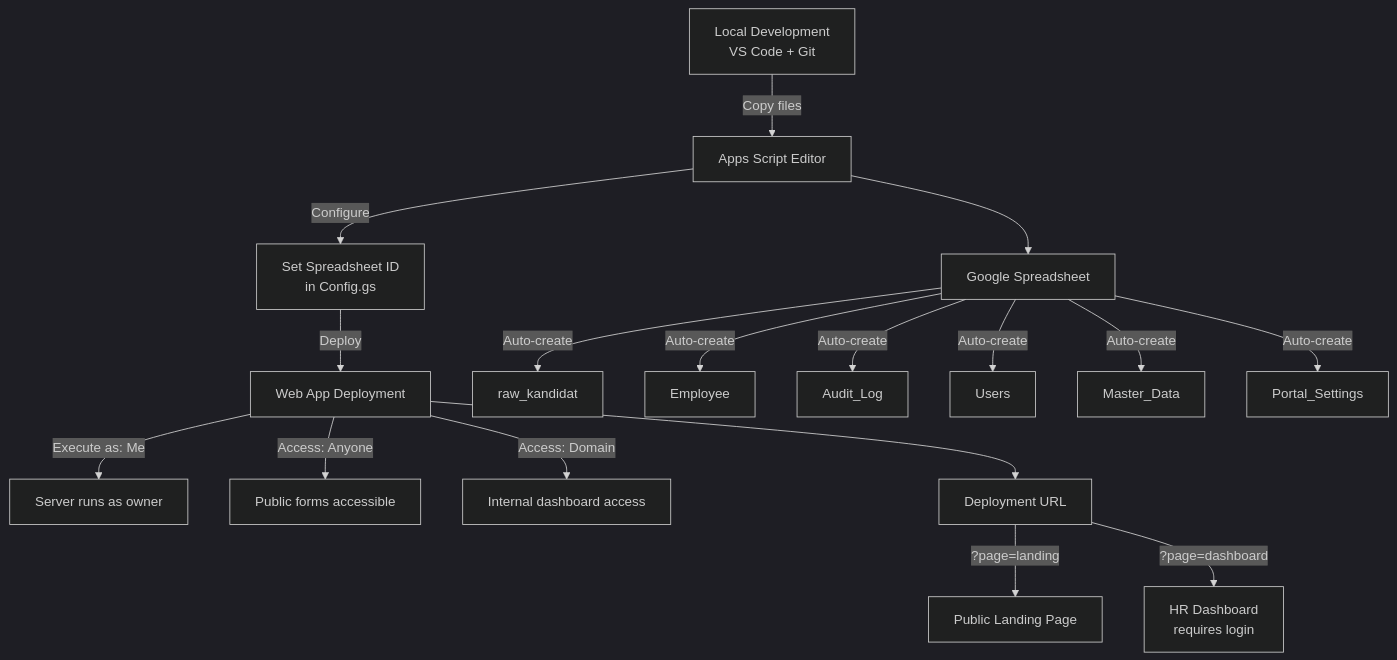
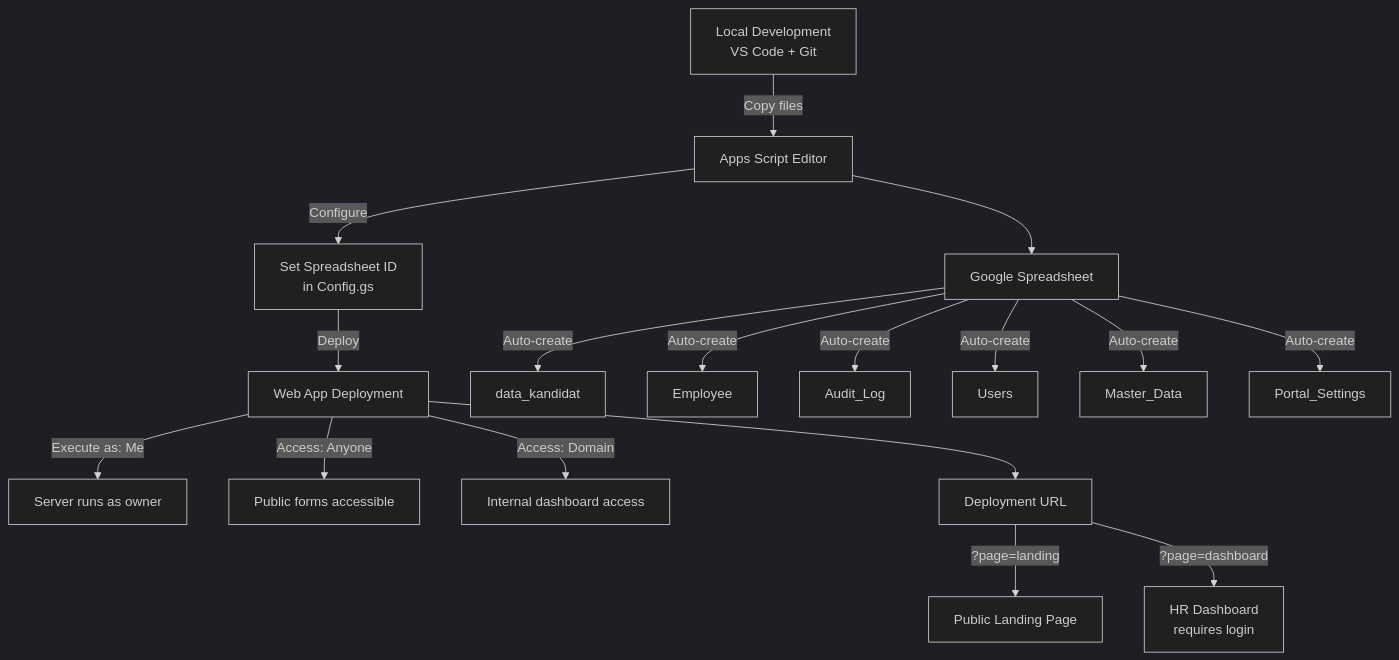
Before and after one commit to Sultonisky/google-script-hr: the eighth of 9 diagrams in ARCHITECTURE.md, drawn with Mermaid (dark theme). The commit also changed other lines of this file and 8 other files, not shown here.

Commit message:
docs: rename all raw_kandidat references to data_kandidat across documentation

````diff
--- a/ARCHITECTURE.md
+++ b/ARCHITECTURE.md
@@ -590,22 +590,22 @@
 ```mermaid
 flowchart TD
     DEV[Local Development<br/>VS Code + Git] -->|Copy files| GAS_EDITOR[Apps Script Editor]
     GAS_EDITOR -->|Configure| CONFIG[Set Spreadsheet ID<br/>in Config.gs]
     CONFIG -->|Deploy| WEBAPP[Web App Deployment]
     
     WEBAPP -->|Execute as: Me| AUTH_MODE[Server runs as owner]
     WEBAPP -->|Access: Anyone| PUBLIC[Public forms accessible]
     WEBAPP -->|Access: Domain| INTERNAL[Internal dashboard access]
     
     WEBAPP --> URL[Deployment URL]
     URL -->|?page=landing| LAND[Public Landing Page]
     URL -->|?page=dashboard| DASH[HR Dashboard<br/>requires login]
     
     GAS_EDITOR --> SHEETS[Google Spreadsheet]
-    SHEETS -->|Auto-create| S1[raw_kandidat]
+    SHEETS -->|Auto-create| S1[data_kandidat]
     SHEETS -->|Auto-create| S2[Employee]
     SHEETS -->|Auto-create| S3[Audit_Log]
     SHEETS -->|Auto-create| S4[Users]
     SHEETS -->|Auto-create| S5[Master_Data]
     SHEETS -->|Auto-create| S6[Portal_Settings]
 ```
````
